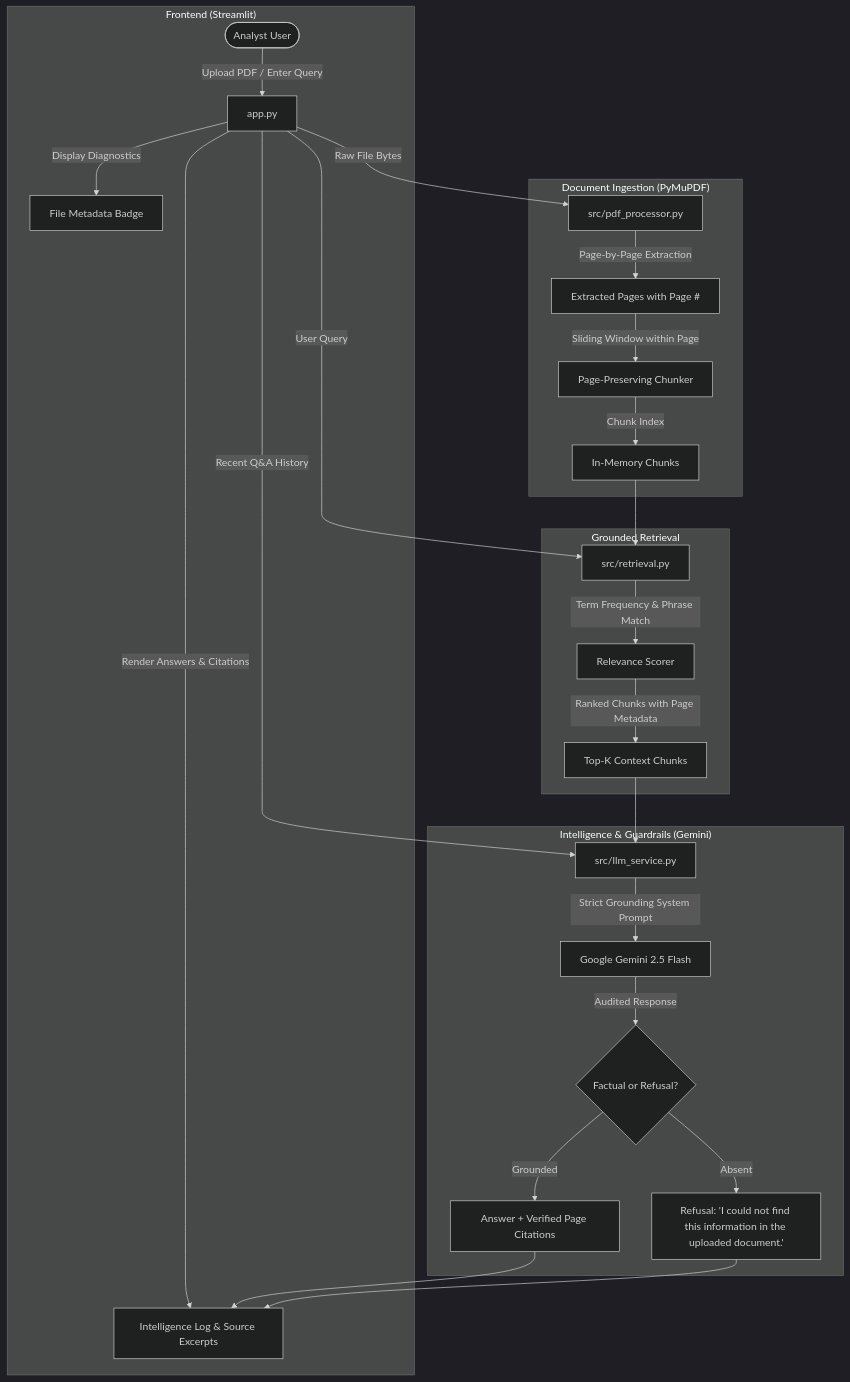
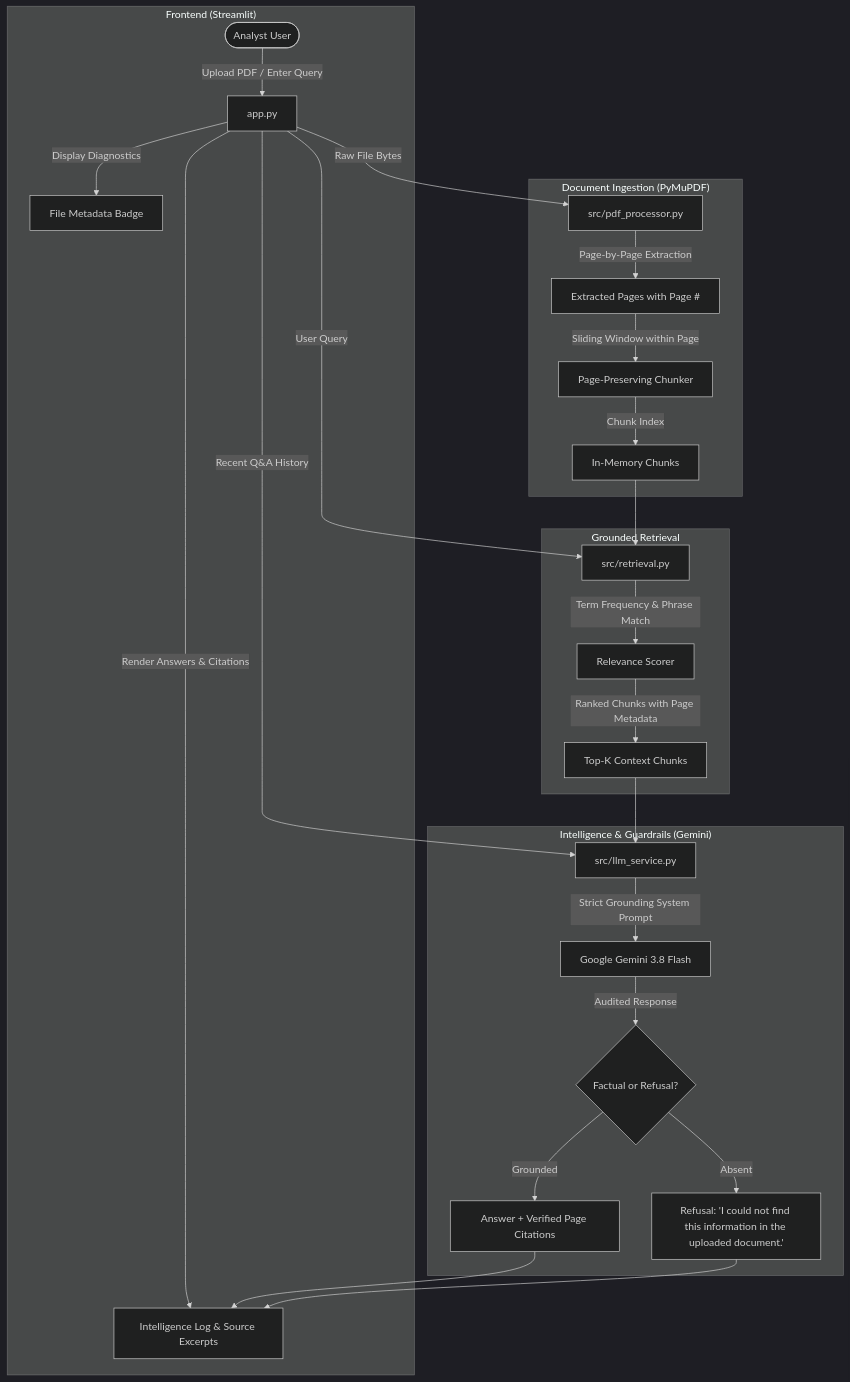
The diagram in README.md (Aditi000-hash/ASTRA-INTEL), drawn with Mermaid (dark theme) before and after one commit. The commit also changed other lines of this file and 3 other files, not shown here.

Commit message:
Update default Gemini model to gemini-3.8-flash and add GEMINI_MODEL env override

````diff
--- a/README.md
+++ b/README.md
@@ -91,33 +91,33 @@
 ```mermaid
 flowchart TD
     subgraph UI_Layer ["Frontend (Streamlit)"]
         User([Analyst User]) -->|Upload PDF / Enter Query| Streamlit[app.py]
         Streamlit -->|Display Diagnostics| Diagnostics[File Metadata Badge]
         Streamlit -->|Render Answers & Citations| Output[Intelligence Log & Source Excerpts]
     end
 
     subgraph Processing_Layer ["Document Ingestion (PyMuPDF)"]
         Streamlit -->|Raw File Bytes| Parser[src/pdf_processor.py]
         Parser -->|Page-by-Page Extraction| Pages[Extracted Pages with Page #]
         Pages -->|Sliding Window within Page| Chunker[Page-Preserving Chunker]
         Chunker -->|Chunk Index| Chunks[In-Memory Chunks]
     end
 
     subgraph Retrieval_Layer ["Grounded Retrieval"]
         Streamlit -->|User Query| Retriever[src/retrieval.py]
         Chunks --> Retriever
         Retriever -->|Term Frequency & Phrase Match| Scorer[Relevance Scorer]
         Scorer -->|Ranked Chunks with Page Metadata| TopChunks[Top-K Context Chunks]
     end
 
     subgraph LLM_Layer ["Intelligence & Guardrails (Gemini)"]
         TopChunks --> LLM[src/llm_service.py]
         Streamlit -->|Recent Q&A History| LLM
-        LLM -->|Strict Grounding System Prompt| Gemini[Google Gemini 2.5 Flash]
+        LLM -->|Strict Grounding System Prompt| Gemini[Google Gemini 3.8 Flash]
         Gemini -->|Audited Response| Formatter{Factual or Refusal?}
         Formatter -->|Grounded| Answer[Answer + Verified Page Citations]
         Formatter -->|Absent| Refusal["Refusal: 'I could not find this information in the uploaded document.'"]
         Answer --> Output
         Refusal --> Output
     end
 ```
````
